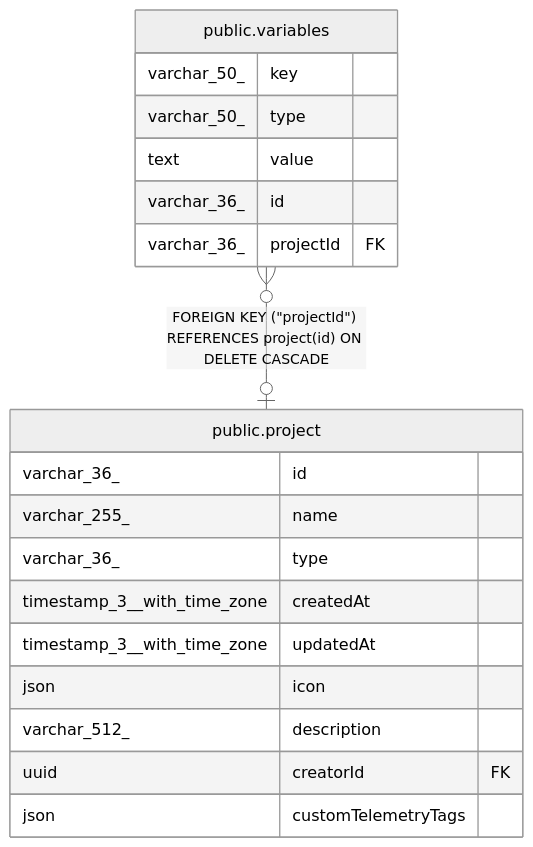
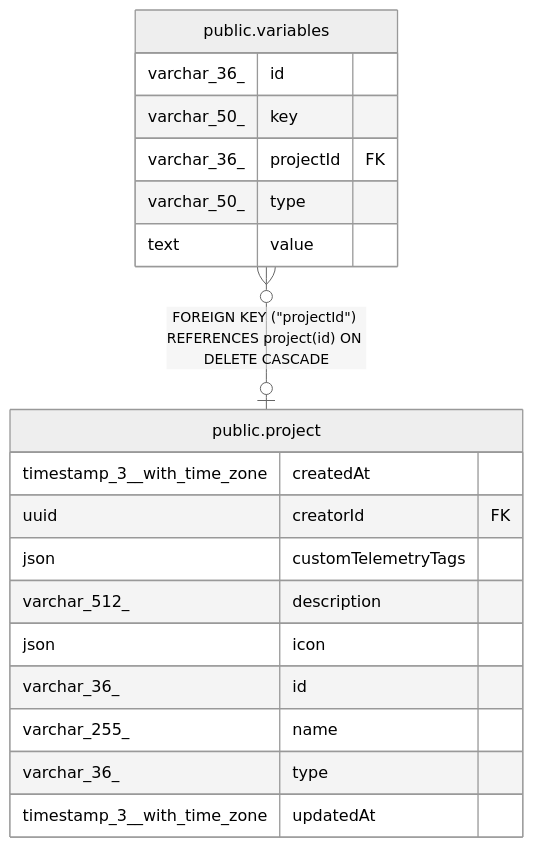
Before and after one commit to mayankjain1815-commits/n8n: the diagram in docs/generated/postgres-schema/public.variables.md, drawn with Mermaid (neutral theme). The commit also changed other lines of this file and 221 other files, not shown here.

Commit message:
chore(core): Make DB schema docs generation deterministic (#32373)

````diff
--- a/docs/generated/postgres-schema/public.variables.md
+++ b/docs/generated/postgres-schema/public.variables.md
@@ -34,24 +34,24 @@
 ```mermaid
 erDiagram
 
 "public.variables" }o--o| "public.project" : "FOREIGN KEY (#quot;projectId#quot;) REFERENCES project(id) ON DELETE CASCADE"
 
 "public.variables" {
+  varchar_36_ id
   varchar_50_ key
+  varchar_36_ projectId FK
   varchar_50_ type
   text value
-  varchar_36_ id
-  varchar_36_ projectId FK
 }
 "public.project" {
+  timestamp_3__with_time_zone createdAt
+  uuid creatorId FK
+  json customTelemetryTags
+  varchar_512_ description
+  json icon
   varchar_36_ id
   varchar_255_ name
   varchar_36_ type
-  timestamp_3__with_time_zone createdAt
   timestamp_3__with_time_zone updatedAt
-  json icon
-  varchar_512_ description
-  uuid creatorId FK
-  json customTelemetryTags
 }
 ```
````
